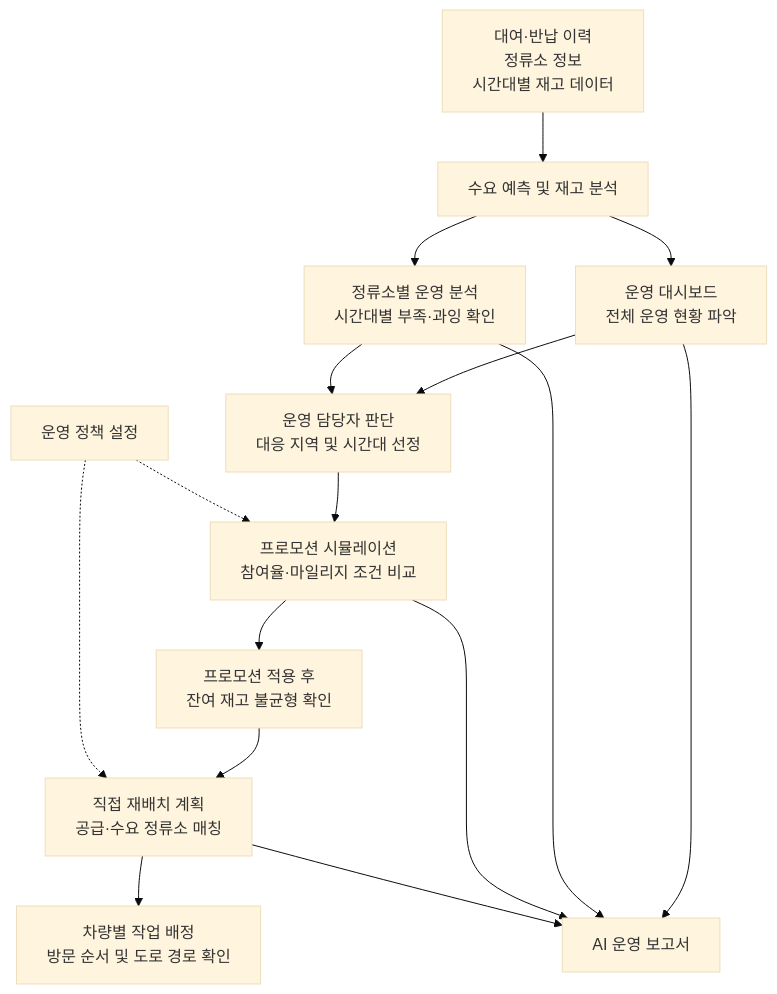
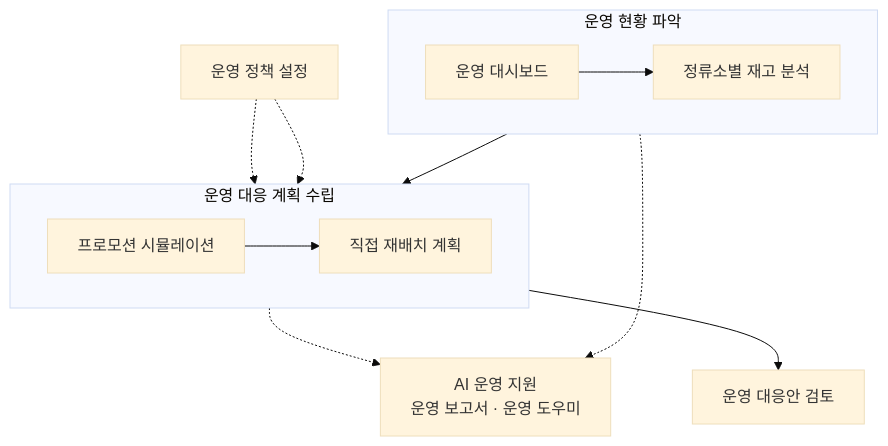
The first of 2 diagrams in readme.md (DDylan05/GoruFleet), drawn with Mermaid (base theme) before and after one commit.

````diff
--- a/readme.md
+++ b/readme.md
@@ -78,24 +78,33 @@
 ```mermaid
-flowchart TD
-    A["대여·반납 이력<br/>정류소 정보<br/>시간대별 재고 데이터"] --> B["수요 예측 및 재고 분석"]
+flowchart TB
 
-    B --> C["운영 대시보드<br/>전체 운영 현황 파악"]
-    B --> D["정류소별 운영 분석<br/>시간대별 부족·과잉 확인"]
+    subgraph MONITOR["운영 현황 파악"]
+        direction LR
+        DASH["운영 대시보드"]
+        ANALYSIS["정류소별 재고 분석"]
 
-    C --> E["운영 담당자 판단<br/>대응 지역 및 시간대 선정"]
-    D --> E
+        DASH --> ANALYSIS
+    end
 
-    E --> F["프로모션 시뮬레이션<br/>참여율·마일리지 조건 비교"]
-    F --> G["프로모션 적용 후<br/>잔여 재고 불균형 확인"]
+    subgraph PLAN["운영 대응 계획 수립"]
+        direction LR
+        PROMO["프로모션 시뮬레이션"]
+        RELOC["직접 재배치 계획"]
 
-    G --> H["직접 재배치 계획<br/>공급·수요 정류소 매칭"]
-    H --> I["차량별 작업 배정<br/>방문 순서 및 도로 경로 확인"]
+        PROMO --> RELOC
+    end
 
-    C --> J["AI 운영 보고서"]
-    D --> J
-    F --> J
-    H --> J
+    REVIEW["운영 대응안 검토"]
 
-    K["운영 정책 설정"] -.-> F
-    K -.-> H
+    POLICY["운영 정책 설정"]
+    AI["AI 운영 지원<br/>운영 보고서 · 운영 도우미"]
+
+    ANALYSIS --> PROMO
+    RELOC --> REVIEW
+
+    POLICY -.-> PROMO
+    POLICY -.-> RELOC
+
+    ANALYSIS -.-> AI
+    RELOC -.-> AI
 ```
````
